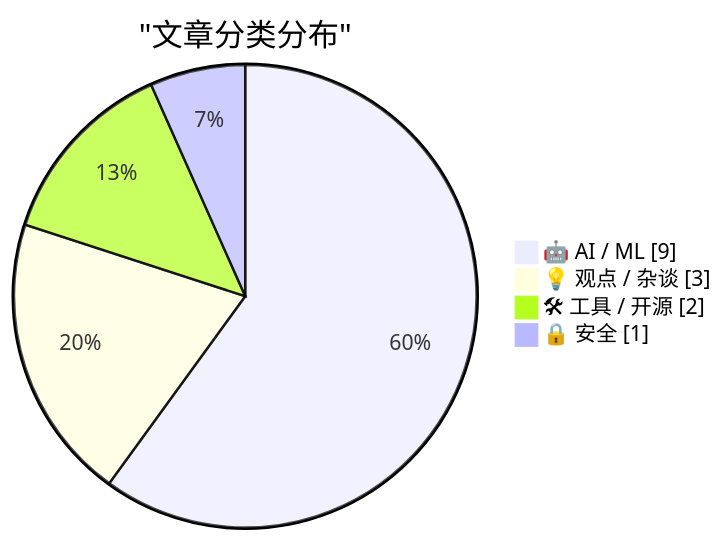
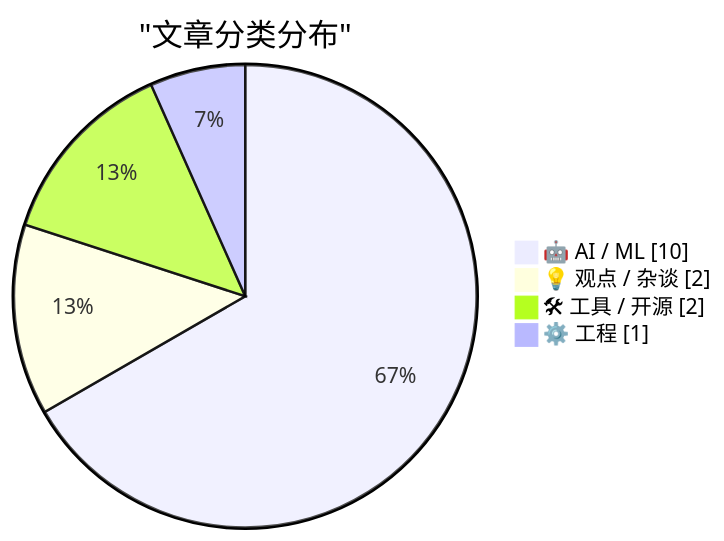
The first of 2 diagrams in digests/digest-20260301.md (AustinWp/ai-daily-digest), drawn with Mermaid before and after one commit. The commit also changed other lines of this file, not shown here.

````diff
--- a/digests/digest-20260301.md
+++ b/digests/digest-20260301.md
@@ -73,8 +187,8 @@
 ```mermaid
 pie showData
     title "文章分类分布"
-    "🤖 AI / ML" : 9
-    "💡 观点 / 杂谈" : 3
+    "🤖 AI / ML" : 10
+    "💡 观点 / 杂谈" : 2
     "🛠 工具 / 开源" : 2
-    "🔒 安全" : 1
+    "⚙️ 工程" : 1
 ```
````
